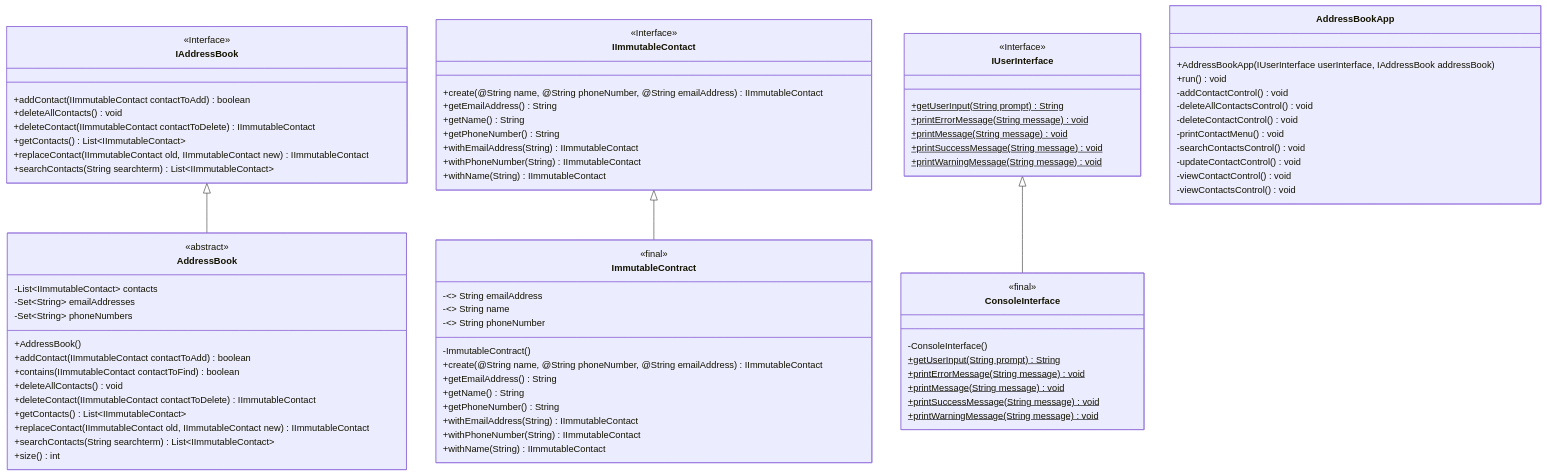
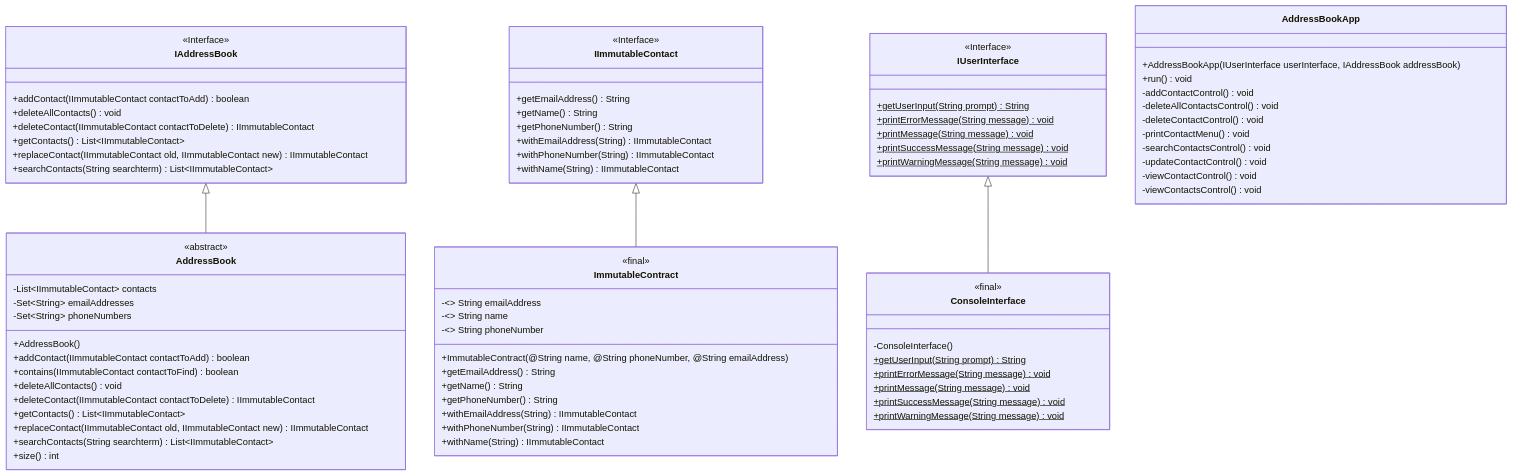
The diagram in docs/class-diagram.md (turnerbenjamin/address-book), drawn with Mermaid before and after one commit. The commit also changed 5 other files, not shown here.

```diff
--- a/docs/class-diagram.md
+++ b/docs/class-diagram.md
@@ -28,7 +28,6 @@
     
     class IImmutableContact {
         <<Interface>>
-        +create(@String name, @String phoneNumber, @String emailAddress) IImmutableContact
         +getEmailAddress() String
         +getName() String
         +getPhoneNumber() String
@@ -41,8 +40,7 @@
         -<<final>> String emailAddress
         -<<final>> String name
         -<<final>> String phoneNumber
-        -ImmutableContract()
-        +create(@String name, @String phoneNumber, @String emailAddress) IImmutableContact
+        +ImmutableContract(@String name, @String phoneNumber, @String emailAddress)
         +getEmailAddress() String
         +getName() String
         +getPhoneNumber() String
```
